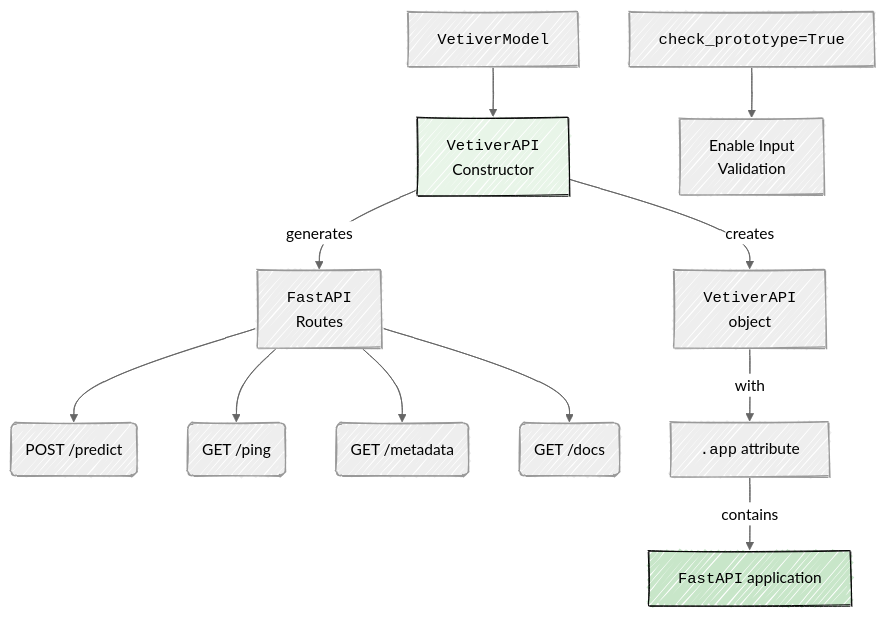
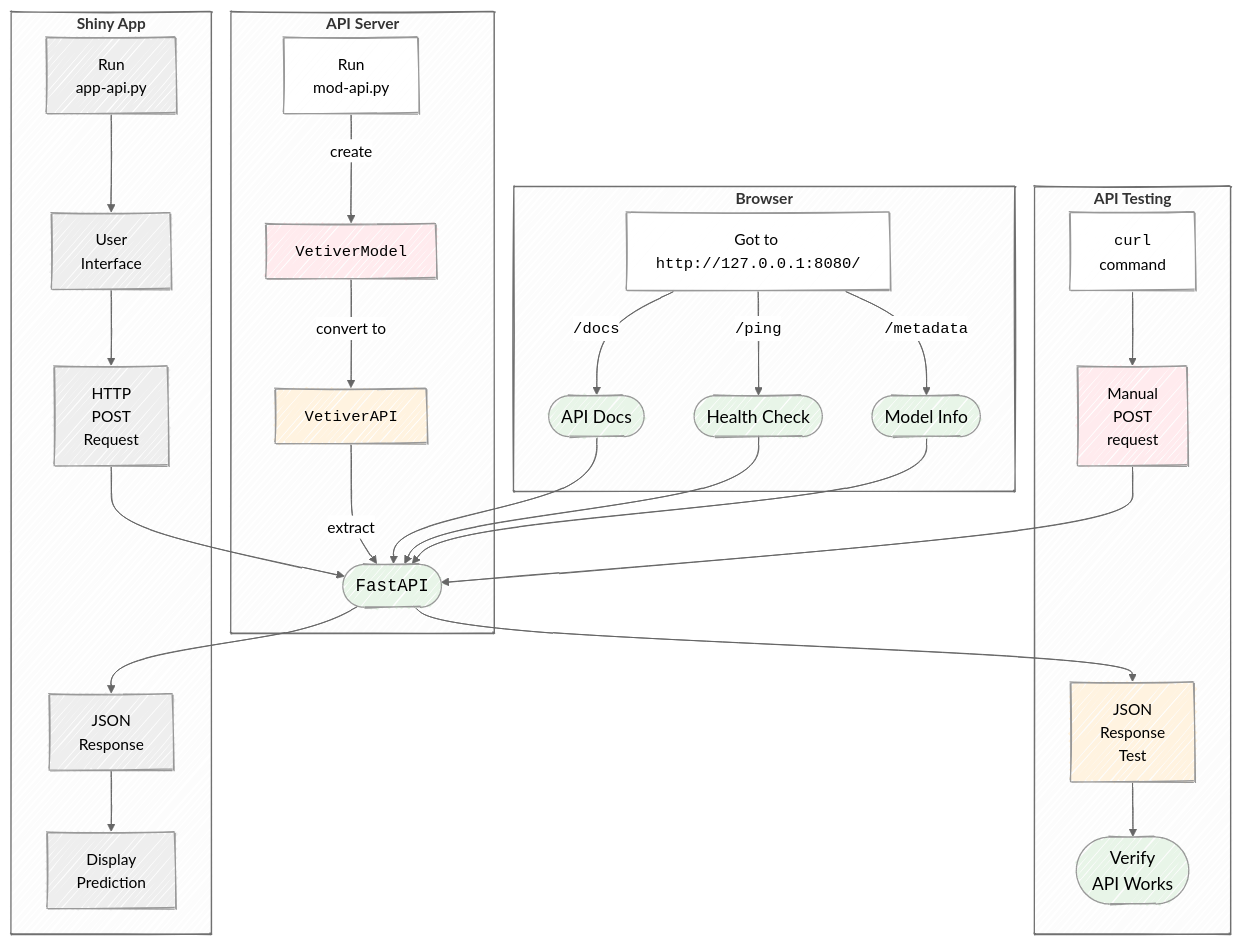
Before and after one commit to mjfrigaard/do4ds-labs: the third of 3 diagrams in py-app-api.qmd, drawn with Mermaid. The commit also changed other lines of this file and 14 other files, not shown here.

````diff
--- a/py-app-api.qmd
+++ b/py-app-api.qmd
@@ -219,22 +518,53 @@
 ```{mermaid}
-%%| fig-cap: 'mod-api.py'
+%%| fig-cap: 'Vetiver API creation & testing'
 %%| fig-align: center
-%%{init: {'theme': 'neutral', 'look': 'handDrawn', 'themeVariables': { 'fontFamily': 'monospace', "fontSize":"16px"}}}%%
-graph TB
-    Mod["<code>VetiverModel</code>"] --> VApiCon["<code>VetiverAPI</code><br>Constructor"]
-    VApiCon --"generates"--> FastAPI["<code>FastAPI</code><br>Routes"]
+%%{init: {'theme': 'neutral', 'look': 'handDrawn', 'themeVariables': { 'fontFamily': 'monospace'}}}%%
+graph TD
+    subgraph T1["<strong>API Server</strong>"]
+        RunApi["Run<br>mod-api.py"] --"create"--> VetMod["<code>VetiverModel</code>"]
+        VetMod --"convert to"--> VetAPI["<code>VetiverAPI</code>"]
+        VetAPI --"extract"--> FastAPI(["<code>FastAPI</code>"])
+    end
     
-    FastAPI --> Post("POST /predict")
-    FastAPI --> GetPing("GET /ping") 
-    FastAPI --> GetMeta("GET /metadata")
-    FastAPI --> GetDocs("GET /docs")
+    subgraph T2["<strong>API Testing</strong>"]
+        Curl["<code>curl</code><br>command"] --> ManPostReq["Manual<br>POST<br>request"]
+        ManPostReq --> FastAPI
+        FastAPI --> JSONReq["JSON<br>Response<br>Test"]
+        JSONReq --> VerAPI(["Verify<br>API Works"])
+    end
     
-    CheckProt["<code>check_prototype=True</code>"] --> Input["Enable Input<br>Validation"]
+   subgraph Browse["<strong>Browser</strong>"]
+        Http["`Got to <code>http://</code><code>127.0.0.1:8080/</code>`"] --"<code>/docs</code>"--> Docs(["API Docs"])
+        Http --"<code>/ping</code>"--> Health(["Health Check"])
+        Http --"<code>/metadata</code>"--> Info(["Model Info"])
+        Docs & Health & Info --> FastAPI
+    end
+
+    style Http fill:#FFF,color:#000,rx:20,ry:20,font-size:16px
+    style RunApi fill:#FFF,color:#000,rx:20,ry:20,font-size:16px
+    style Curl fill:#FFF,color:#000,rx:20,ry:20,font-size:16px
     
-    VApiCon --"creates"--> VApiObj["<code>VetiverAPI</code><br>object"]
-    VApiObj --"with"--> AppAttr["<code>.app</code> attribute"]
-    AppAttr --"contains"--> FastAPIApp["<code>FastAPI</code> application"]
+    style VetMod fill:#ffebee
+    style ManPostReq fill:#ffebee
+
+    style JSONReq fill:#fff3e0
+    style VetAPI fill:#fff3e0
     
-    style VApiCon fill:#e8f5e8,stroke:#000,color:#000,stroke-width:1px,rx:10,ry:10,font-size:16px
-    style FastAPIApp fill:#c8e6c9,stroke:#000,color:#000,stroke-width:1px,rx:10,ry:10,font-size:16px
+    style VerAPI fill:#e8f5e8,font-size:18px
+    style FastAPI fill:#e8f5e8,font-size:18px
+    style Docs fill:#e8f5e8,font-size:18px
+    style Health fill:#e8f5e8,font-size:18px
+    style Info fill:#e8f5e8,font-size:18px
+
+    subgraph T3["<strong>Shiny App</strong>"]
+       RunApp["Run<br>app-api.py"] --> UI["User<br>Interface"]
+       UI --> HttpPostReq["HTTP<br>POST<br>Request"]
+       HttpPostReq --> FastAPI
+       FastAPI --> JSONResp["JSON<br>Response"]
+       JSONResp --> DispPred["Display<br>Prediction"]
+    end
+
+    %% style RunApp fill:#FFF,color:#000,rx:20,ry:20,font-size:16px 
+    %% style HttpPostReq fill:#e1f5fe
+    %% style DispPred fill:#f3e5f5
 ```
````
